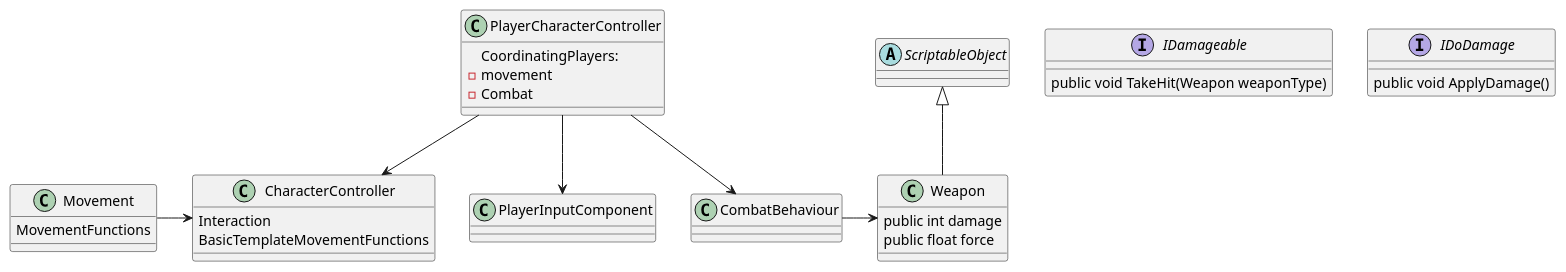
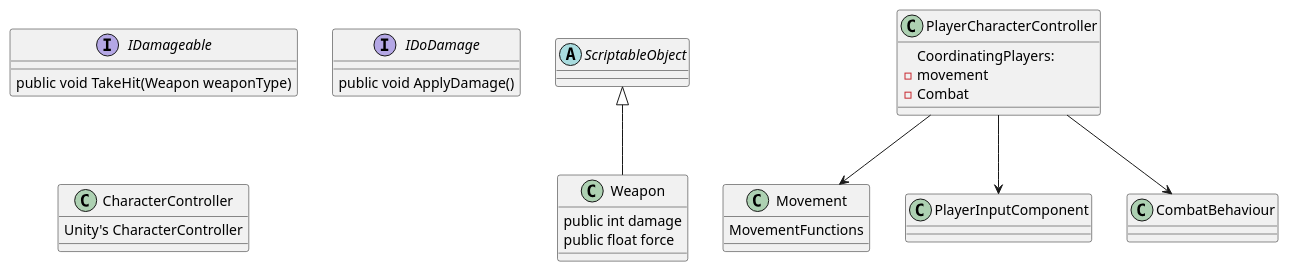
The diagram in PlantUML_Graphs/Dependencies/Player_inheretance_Dependecies.puml (CZOLGOWUS/no_game-1), drawn with PlantUML before and after one commit. The commit also changed 5 other files, not shown here.

Commit message:
add super basic movement and swap rigid body with characterController

```diff
--- a/PlantUML_Graphs/Dependencies/Player_inheretance_Dependecies.puml
+++ b/PlantUML_Graphs/Dependencies/Player_inheretance_Dependecies.puml
@@ -1,52 +1,49 @@
 @startuml
 'https://plantuml.com/sequence-diagra
 
 interface IDamageable
 {
     public void TakeHit(Weapon weaponType)
 }
 
 interface IDoDamage
 {
     public void ApplyDamage()
 }
 
 abstract class ScriptableObject
 {
 
 }
 
 class Weapon extends ScriptableObject
 {
     public int damage
     public float force
 }
 
 class CharacterController
 {
-    Interaction
-    BasicTemplateMovementFunctions
+    Unity's CharacterController
 }
+
 
 class Movement
 {
     MovementFunctions
 }
 
 class PlayerCharacterController
 {
     CoordinatingPlayers:
     - movement
     - Combat
 }
 
-Movement -> CharacterController
-
-CombatBehaviour -> Weapon
+'CombatBehaviour -> Weapon
 
 PlayerCharacterController --> PlayerInputComponent
-PlayerCharacterController --> CharacterController
 PlayerCharacterController --> CombatBehaviour
-
+PlayerCharacterController --> Movement
 
 @enduml
```
